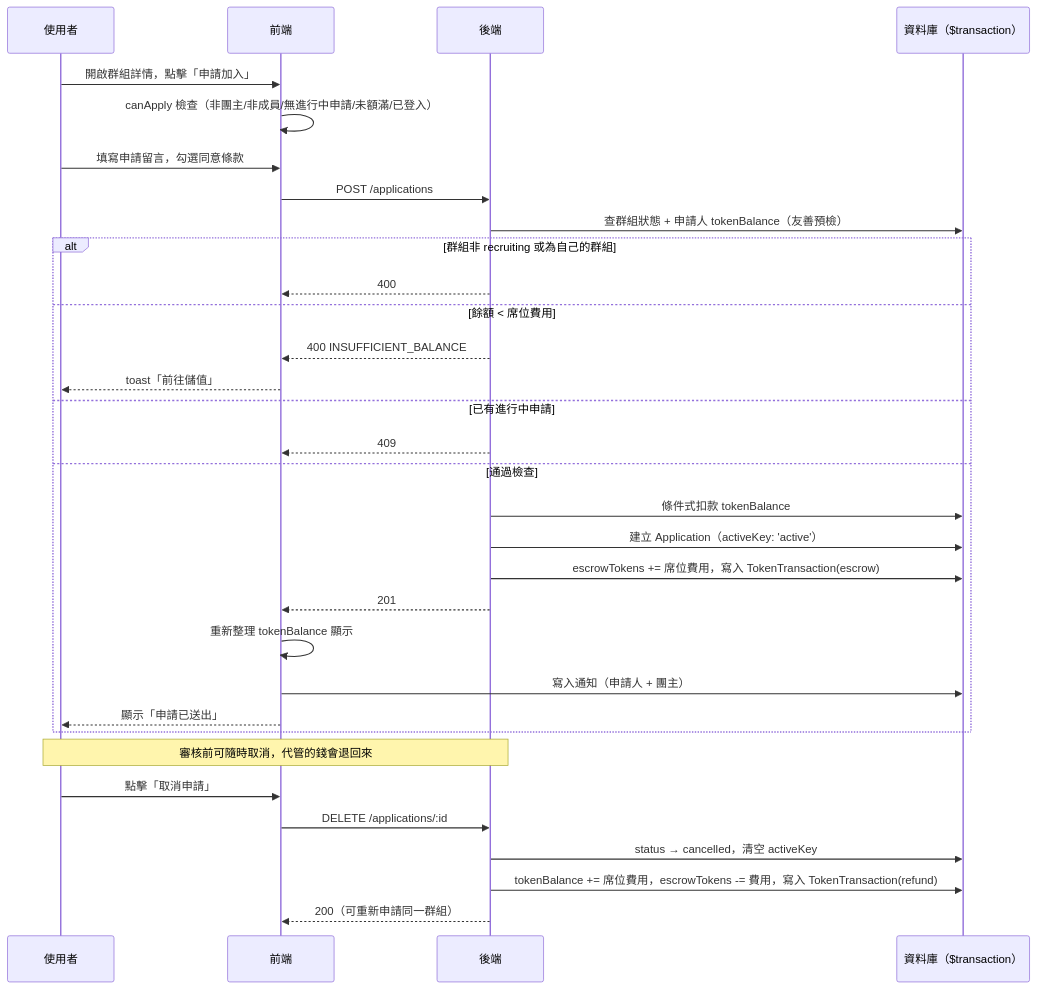
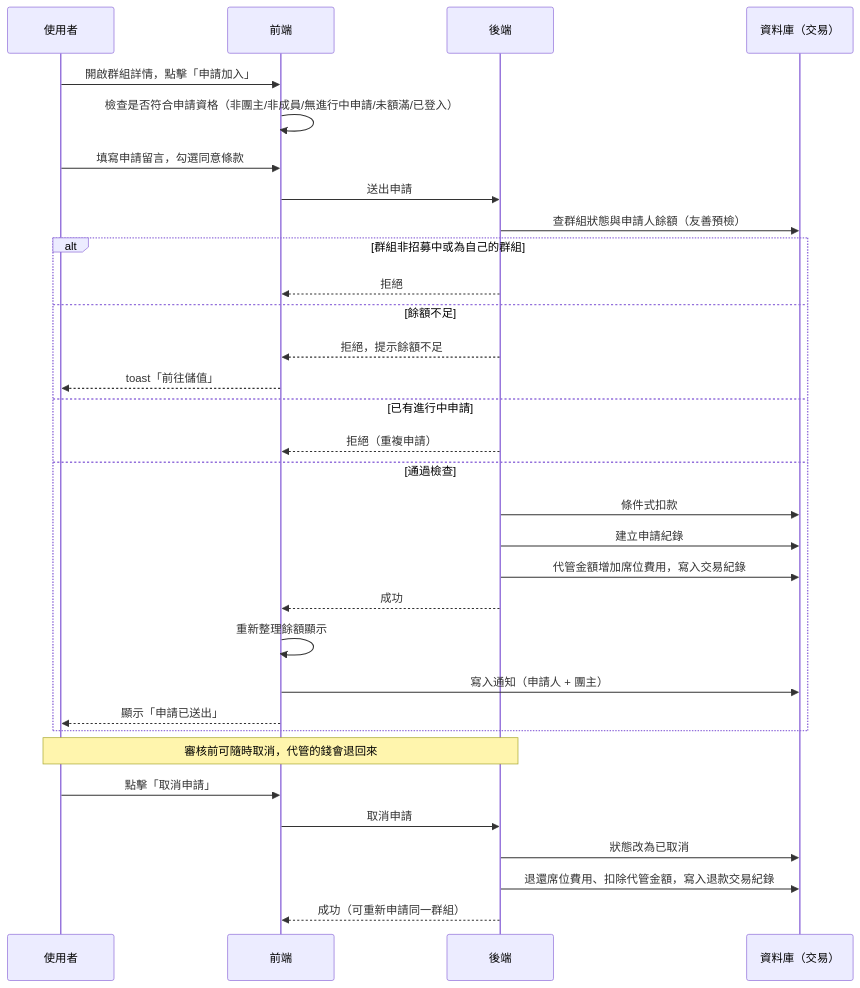
The diagram in docs/flows/apply-join-flow.md (s1092055/PartyMatch), drawn with Mermaid before and after one commit. The commit also changed other lines of this file and 12 other files, not shown here.

First line of the commit message:
docs: 精簡 flows 文件敘述，拿掉變數/prop/class 名與英文直翻術語

````diff
--- a/docs/flows/apply-join-flow.md
+++ b/docs/flows/apply-join-flow.md
@@ -8,36 +8,36 @@
 ```mermaid
 sequenceDiagram
     participant U as 使用者
     participant FE as 前端
     participant BE as 後端
-    participant DB as 資料庫（$transaction）
+    participant DB as 資料庫（交易）
 
     U->>FE: 開啟群組詳情，點擊「申請加入」
-    FE->>FE: canApply 檢查（非團主/非成員/無進行中申請/未額滿/已登入）
+    FE->>FE: 檢查是否符合申請資格（非團主/非成員/無進行中申請/未額滿/已登入）
     U->>FE: 填寫申請留言，勾選同意條款
-    FE->>BE: POST /applications
-    BE->>DB: 查群組狀態 + 申請人 tokenBalance（友善預檢）
-    alt 群組非 recruiting 或為自己的群組
-        BE-->>FE: 400
-    else 餘額 < 席位費用
-        BE-->>FE: 400 INSUFFICIENT_BALANCE
+    FE->>BE: 送出申請
+    BE->>DB: 查群組狀態與申請人餘額（友善預檢）
+    alt 群組非招募中或為自己的群組
+        BE-->>FE: 拒絕
+    else 餘額不足
+        BE-->>FE: 拒絕，提示餘額不足
         FE-->>U: toast「前往儲值」
     else 已有進行中申請
-        BE-->>FE: 409
+        BE-->>FE: 拒絕（重複申請）
     else 通過檢查
-        BE->>DB: 條件式扣款 tokenBalance
-        BE->>DB: 建立 Application（activeKey: 'active'）
-        BE->>DB: escrowTokens += 席位費用，寫入 TokenTransaction(escrow)
-        BE-->>FE: 201
-        FE->>FE: 重新整理 tokenBalance 顯示
+        BE->>DB: 條件式扣款
+        BE->>DB: 建立申請紀錄
+        BE->>DB: 代管金額增加席位費用，寫入交易紀錄
+        BE-->>FE: 成功
+        FE->>FE: 重新整理餘額顯示
         FE->>DB: 寫入通知（申請人 + 團主）
         FE-->>U: 顯示「申請已送出」
     end
 
     Note over U,BE: 審核前可隨時取消，代管的錢會退回來
     U->>FE: 點擊「取消申請」
-    FE->>BE: DELETE /applications/:id
-    BE->>DB: status → cancelled，清空 activeKey
-    BE->>DB: tokenBalance += 席位費用，escrowTokens -= 費用，寫入 TokenTransaction(refund)
-    BE-->>FE: 200（可重新申請同一群組）
+    FE->>BE: 取消申請
+    BE->>DB: 狀態改為已取消
+    BE->>DB: 退還席位費用、扣除代管金額，寫入退款交易紀錄
+    BE-->>FE: 成功（可重新申請同一群組）
 ```
````
